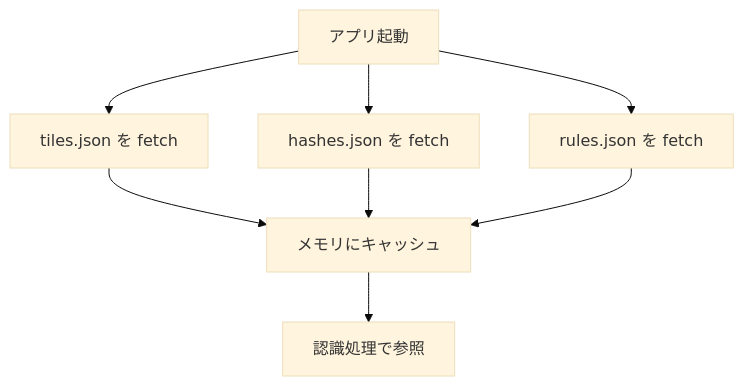
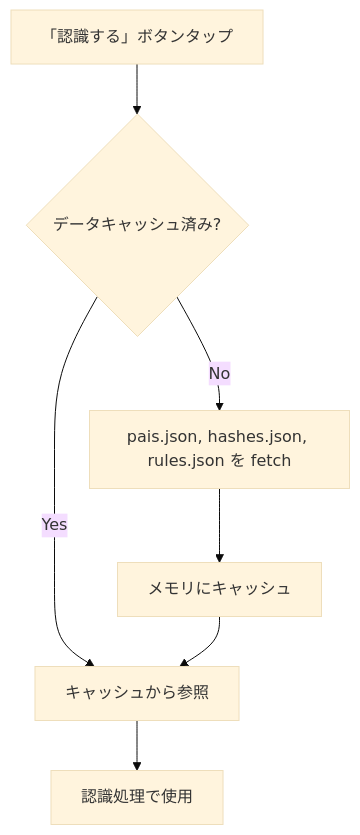
Before and after one commit to shokkunrf/nanjara: the ninth of 9 diagrams in docs/design/pie-recognition/dataflow.md, drawn with Mermaid (base theme). The commit also changed other lines of this file and 3 other files, not shown here.

````diff
--- a/docs/design/pie-recognition/dataflow.md
+++ b/docs/design/pie-recognition/dataflow.md
@@ -236,10 +295,9 @@
 ```mermaid
 flowchart TD
-    A[アプリ起動] --> B[tiles.json を fetch]
-    A --> C[hashes.json を fetch]
-    A --> D[rules.json を fetch]
-    B --> E[メモリにキャッシュ]
-    C --> E
+    A[「認識する」ボタンタップ] --> B{データキャッシュ済み?}
+    B -->|Yes| E[キャッシュから参照]
+    B -->|No| C[pais.json, hashes.json, rules.json を fetch]
+    C --> D[メモリにキャッシュ]
     D --> E
-    E --> F[認識処理で参照]
+    E --> F[認識処理で使用]
 ```
````
